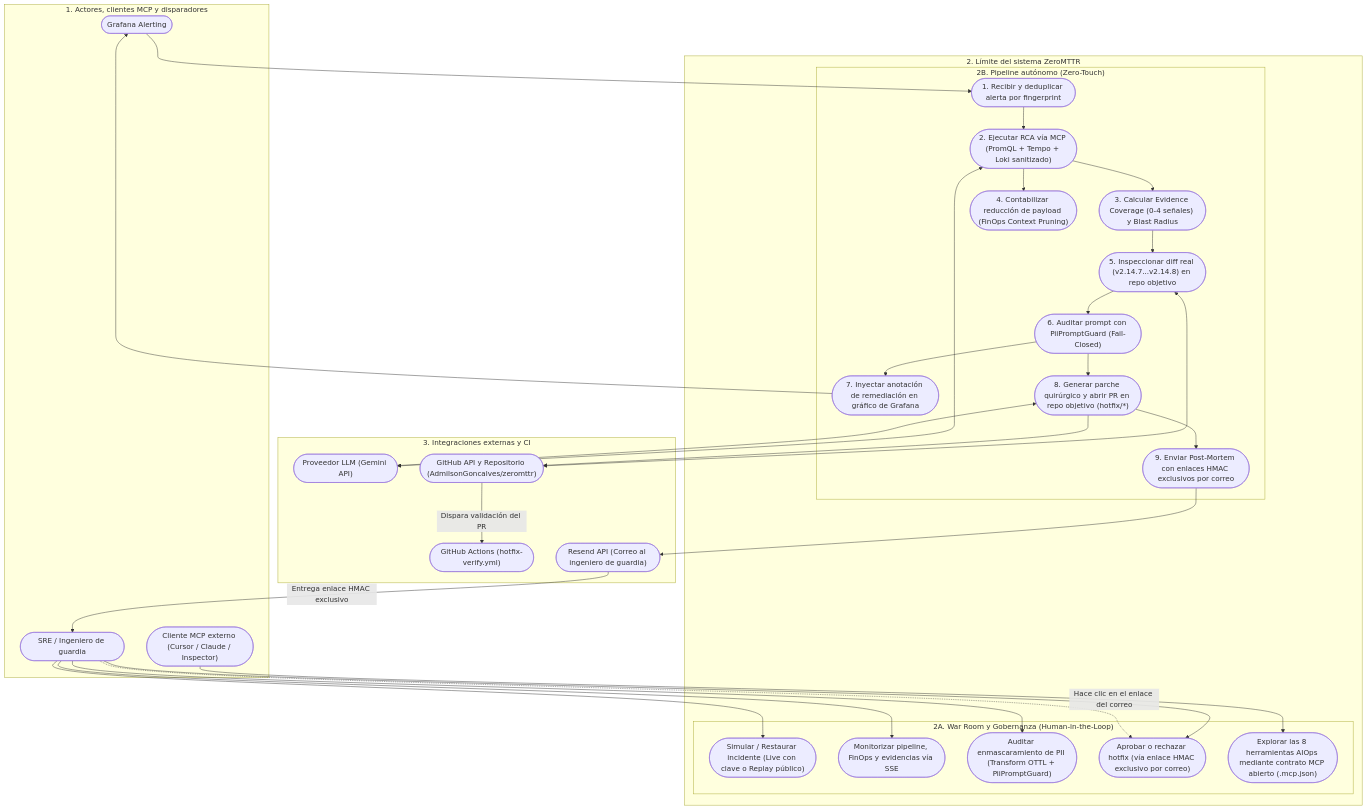
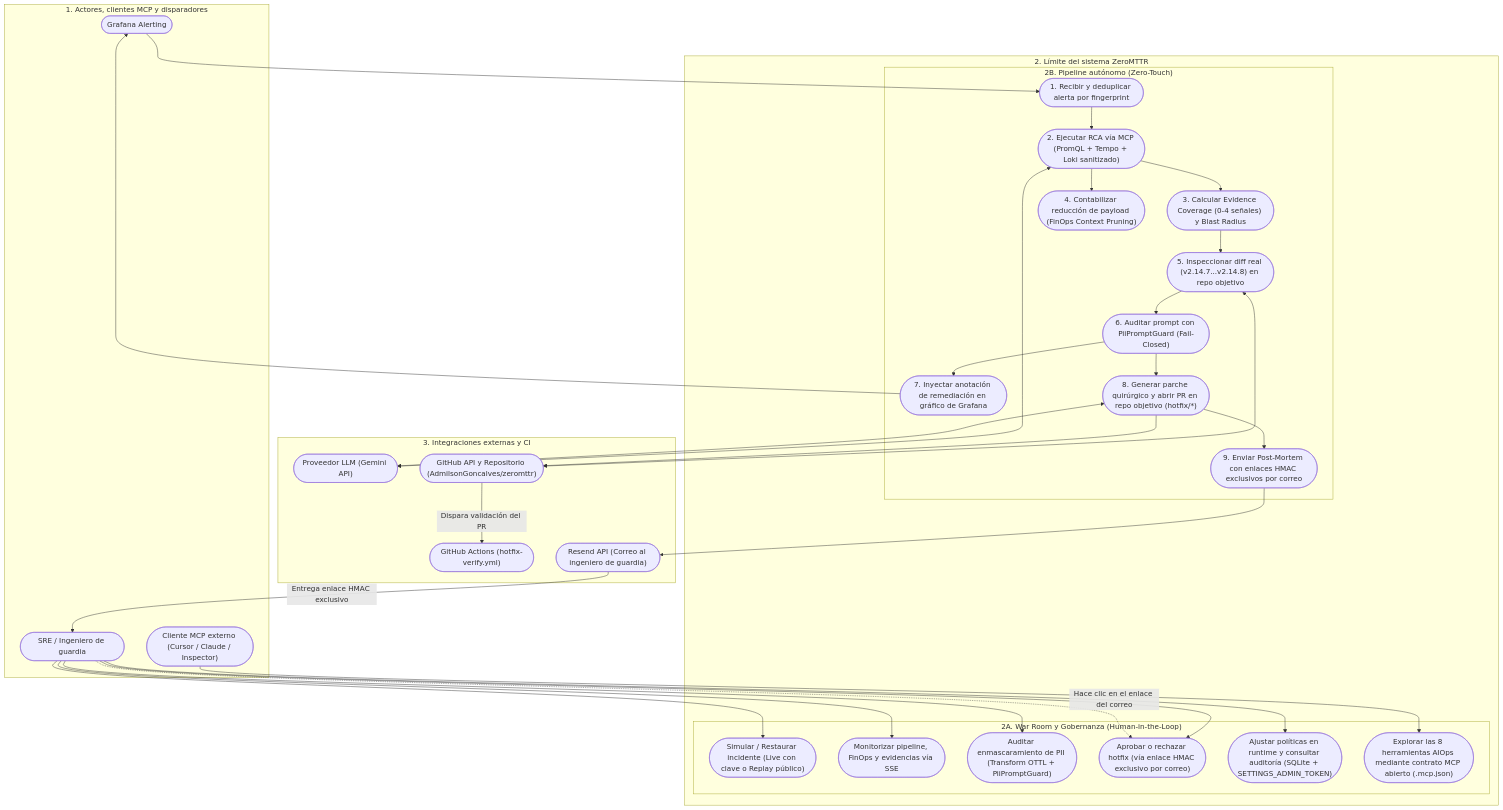
The first of 6 diagrams in docs/es-ES/01_system_diagrams.md (AdmilsonGoncalves/zeromttr), drawn with Mermaid before and after one commit. The commit also changed other lines of this file and 31 other files, not shown here.

First line of the commit message:
docs: sync READMEs, architecture, ADRs and tech specs in PT/EN/ES

````diff
--- a/docs/es-ES/01_system_diagrams.md
+++ b/docs/es-ES/01_system_diagrams.md
@@ -16,68 +16,70 @@
 ```mermaid
 flowchart TD
     subgraph Actors["1. Actores, clientes MCP y disparadores"]
         SRE(["SRE / Ingeniero de guardia"])
         EXT_MCP(["Cliente MCP externo (Cursor / Claude / Inspector)"])
         GRAF(["Grafana Alerting"])
     end
 
     subgraph ZeroMTTR_Boundary["2. Límite del sistema ZeroMTTR"]
         subgraph Interactive_Operation["2A. War Room y Gobernanza (Human-in-the-Loop)"]
             UC_SIM(["Simular / Restaurar incidente (Live con clave o Replay público)"])
             UC_MON(["Monitorizar pipeline, FinOps y evidencias vía SSE"])
             UC_PII(["Auditar enmascaramiento de PII (Transform OTTL + PiiPromptGuard)"])
             UC_DEC(["Aprobar o rechazar hotfix (vía enlace HMAC exclusivo por correo)"])
+            UC_CFG(["Ajustar políticas en runtime y consultar auditoría (SQLite + SETTINGS_ADMIN_TOKEN)"])
             UC_EXT(["Explorar las 8 herramientas AIOps mediante contrato MCP abierto (.mcp.json)"])
         end
 
         subgraph Autonomous_Pipeline["2B. Pipeline autónomo (Zero-Touch)"]
             UC_ALT(["1. Recibir y deduplicar alerta por fingerprint"])
             UC_RCA(["2. Ejecutar RCA vía MCP (PromQL + Tempo + Loki sanitizado)"])
             UC_COV(["3. Calcular Evidence Coverage (0-4 señales) y Blast Radius"])
             UC_FIN(["4. Contabilizar reducción de payload (FinOps Context Pruning)"])
             UC_DIFF(["5. Inspeccionar diff real (v2.14.7...v2.14.8) en repo objetivo"])
             UC_GUARD(["6. Auditar prompt con PiiPromptGuard (Fail-Closed)"])
             UC_ANN(["7. Inyectar anotación de remediación en gráfico de Grafana"])
             UC_PR(["8. Generar parche quirúrgico y abrir PR en repo objetivo (hotfix/*)"])
             UC_NOT(["9. Enviar Post-Mortem con enlaces HMAC exclusivos por correo"])
         end
     end
 
     subgraph External_Providers["3. Integraciones externas y CI"]
         LLM(["Proveedor LLM (Gemini API)"])
         GH(["GitHub API y Repositorio (AdmilsonGoncalves/zeromttr)"])
         GHCI(["GitHub Actions (hotfix-verify.yml)"])
         RS(["Resend API (Correo al ingeniero de guardia)"])
     end
 
     %% Acciones del SRE y Cliente MCP externo
     SRE --> UC_SIM
     SRE --> UC_MON
     SRE --> UC_PII
     SRE --> UC_DEC
+    SRE --> UC_CFG
     EXT_MCP --> UC_EXT
 
     %% Disparador de Grafana
     GRAF --> UC_ALT
 
     %% Flujo autónomo
     UC_ALT --> UC_RCA
     UC_RCA --> UC_COV
     UC_RCA --> UC_FIN
     UC_COV --> UC_DIFF
     UC_DIFF --> UC_GUARD
     UC_GUARD --> UC_ANN
     UC_GUARD --> UC_PR
     UC_PR --> UC_NOT
 
     %% Integraciones externas
     UC_RCA <--> LLM
     UC_DIFF <--> GH
     UC_ANN --> GRAF
     UC_PR <--> LLM
     UC_PR --> GH
     GH -->|"Dispara validación del PR"| GHCI
     UC_NOT --> RS
     RS -->|"Entrega enlace HMAC exclusivo"| SRE
     SRE -.->|"Hace clic en el enlace del correo"| UC_DEC
 ```
````
